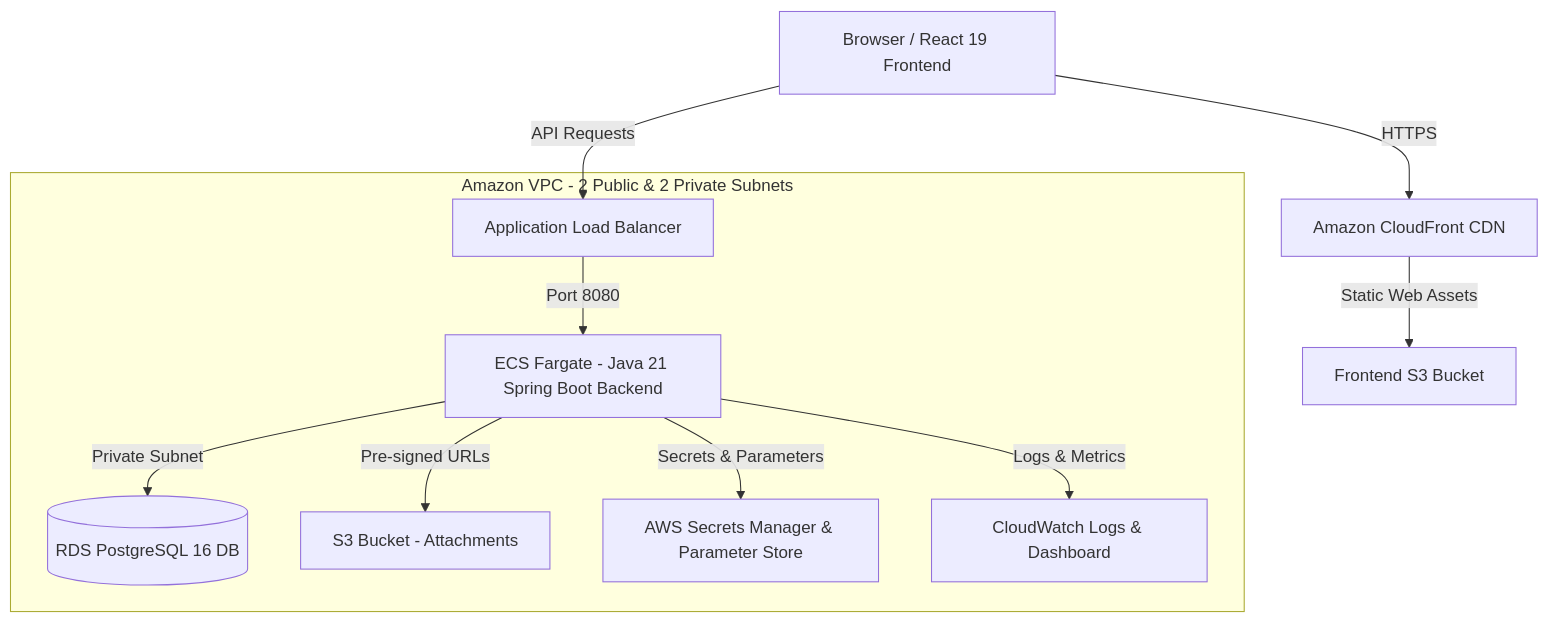
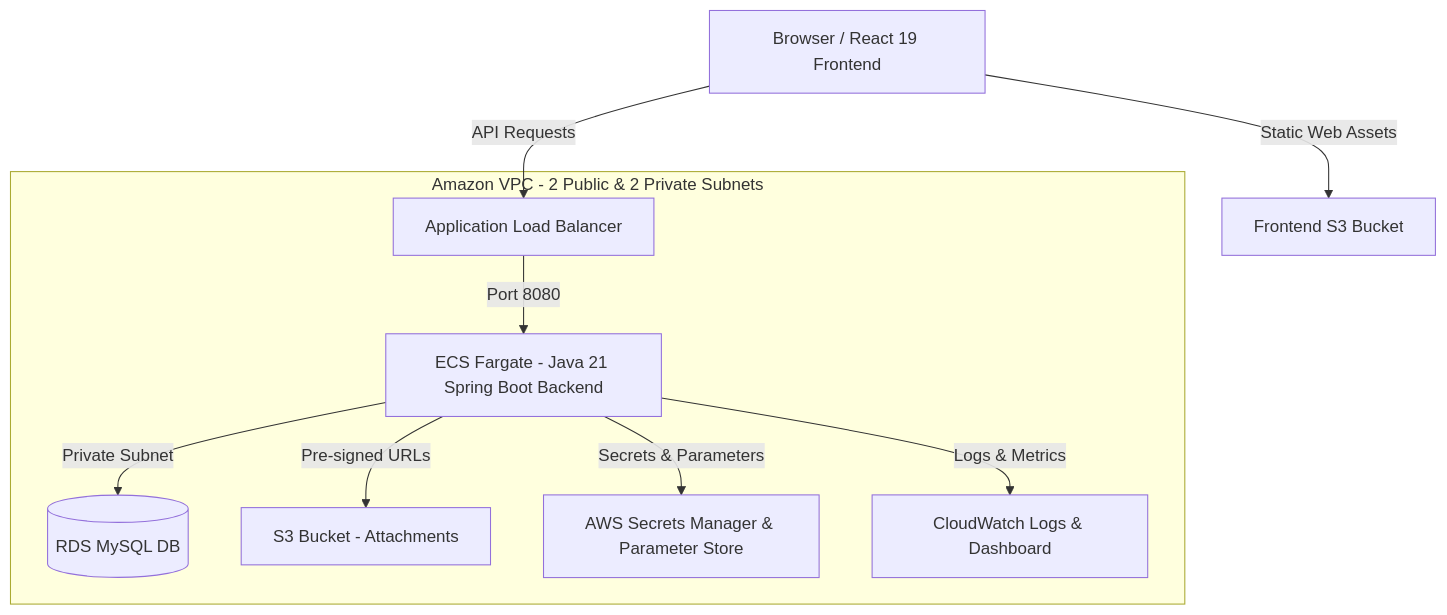
Before and after one commit to adepuramya/ticketdesk-main: the diagram in README.md, drawn with Mermaid. The commit also changed other lines of this file, not shown here.

Commit message:
Update root README.md to match deployed RDS MySQL and S3 architecture

````diff
--- a/README.md
+++ b/README.md
@@ -15,14 +15,13 @@
 ```mermaid
 graph TD
-    User[Browser / React 19 Frontend] -->|HTTPS| CF[Amazon CloudFront CDN]
-    CF -->|Static Web Assets| S3Web[Frontend S3 Bucket]
+    User[Browser / React 19 Frontend] -->|Static Web Assets| S3Web[Frontend S3 Bucket]
     User -->|API Requests| ALB[Application Load Balancer]
     
     subgraph VPC [Amazon VPC - 2 Public & 2 Private Subnets]
         ALB -->|Port 8080| ECS[ECS Fargate - Java 21 Spring Boot Backend]
-        ECS -->|Private Subnet| RDS[(RDS PostgreSQL 16 DB)]
+        ECS -->|Private Subnet| RDS[(RDS MySQL DB)]
         ECS -->|Pre-signed URLs| S3Store[S3 Bucket - Attachments]
         ECS -->|Secrets & Parameters| SecMgr[AWS Secrets Manager & Parameter Store]
         ECS -->|Logs & Metrics| CW[CloudWatch Logs & Dashboard]
     end
 ```
````
